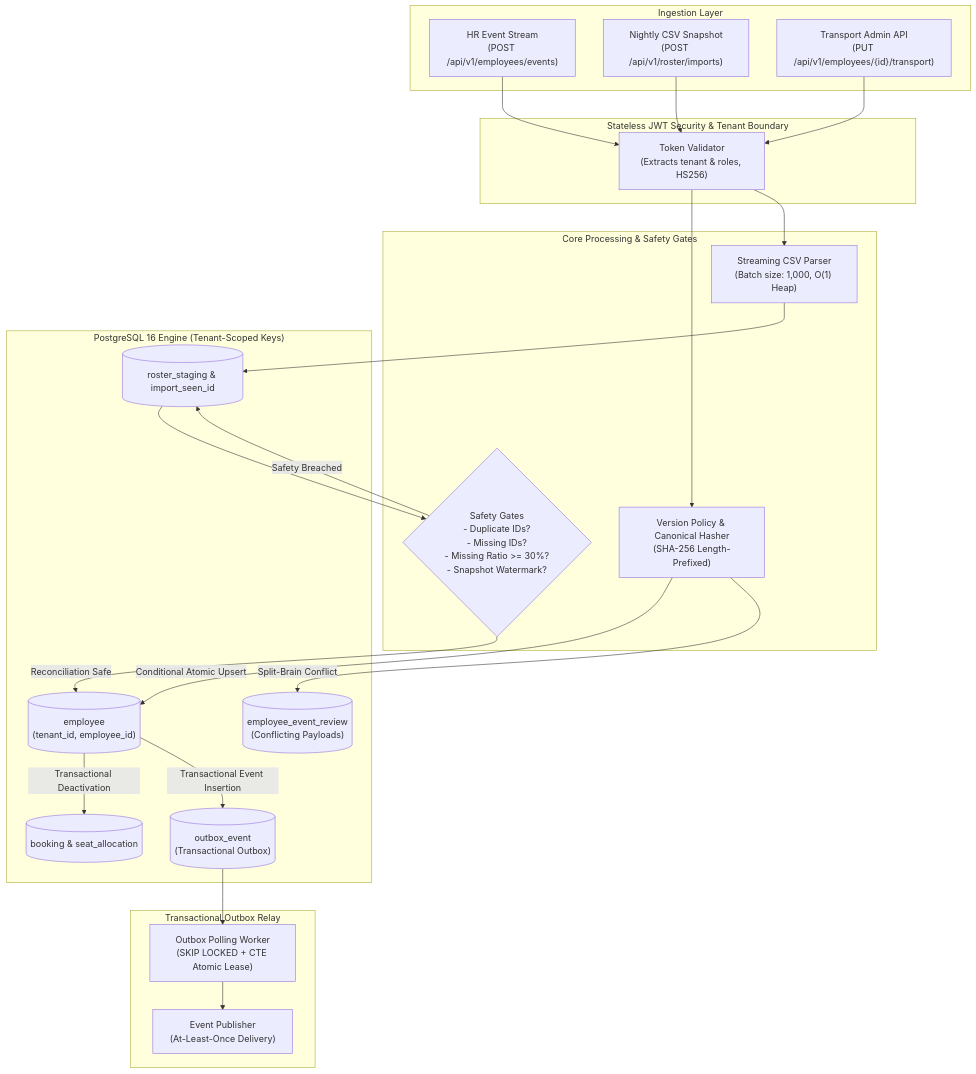
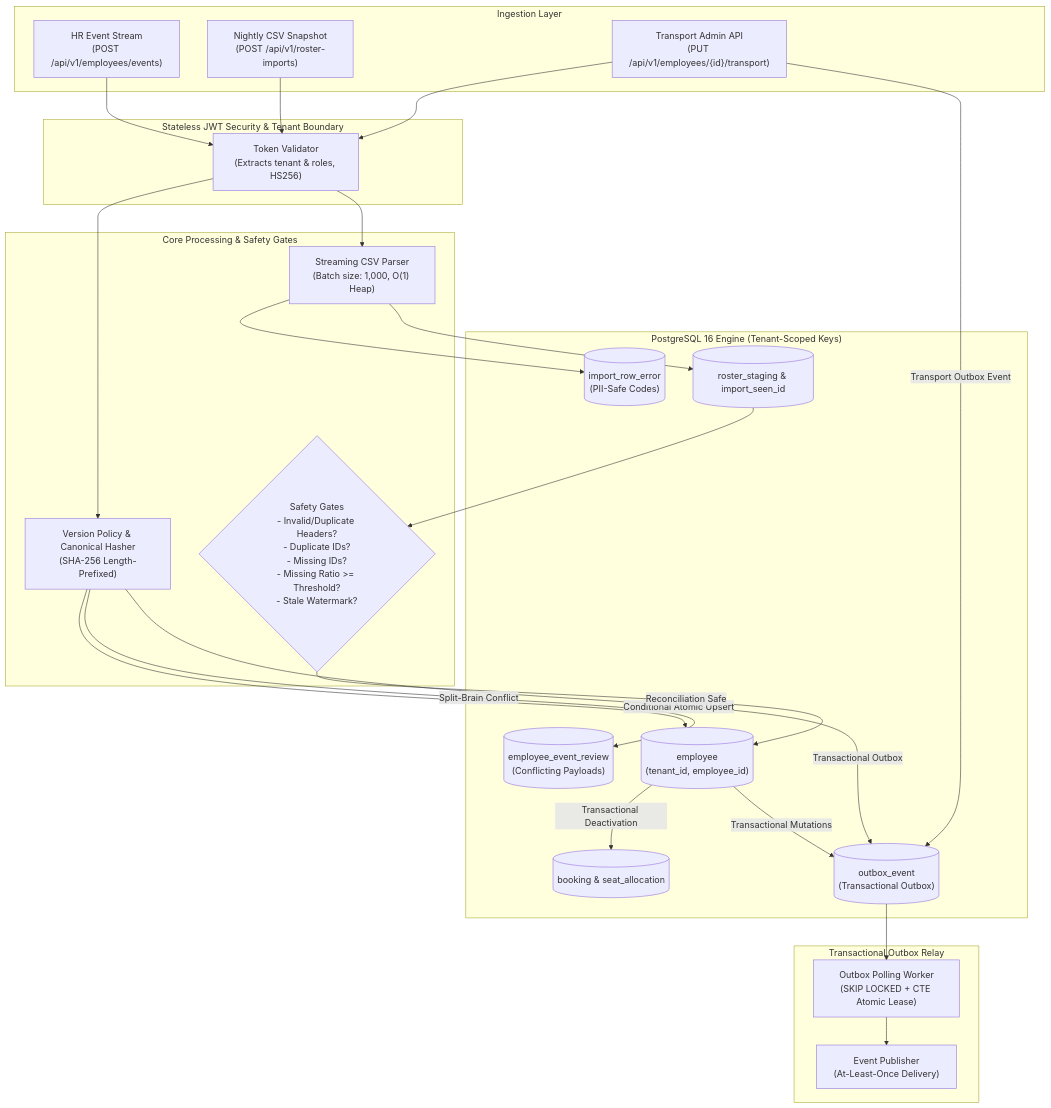
Before and after one commit to parth-1372/RosterGuard: the diagram in README.md, drawn with Mermaid. The commit also changed other lines of this file and 23 other files, not shown here.

Commit message:
fixedd: outbox events for all mutaions, safty gates and error api (189 pass)

````diff
--- a/README.md
+++ b/README.md
@@ -11,52 +11,55 @@
 ```mermaid
 flowchart TD
     subgraph Ingestion["Ingestion Layer"]
         HR_API["HR Event Stream<br/>(POST /api/v1/employees/events)"]
-        CSV_IN["Nightly CSV Snapshot<br/>(POST /api/v1/roster/imports)"]
+        CSV_IN["Nightly CSV Snapshot<br/>(POST /api/v1/roster-imports)"]
         TA_API["Transport Admin API<br/>(PUT /api/v1/employees/{id}/transport)"]
     end
 
     subgraph Security["Stateless JWT Security & Tenant Boundary"]
         JWT_AUTH["Token Validator<br/>(Extracts tenant & roles, HS256)"]
     end
 
     subgraph Core["Core Processing & Safety Gates"]
         VP["Version Policy & Canonical Hasher<br/>(SHA-256 Length-Prefixed)"]
         STREAM["Streaming CSV Parser<br/>(Batch size: 1,000, O(1) Heap)"]
-        GATES{"Safety Gates<br/>- Duplicate IDs?<br/>- Missing IDs?<br/>- Missing Ratio >= 30%?<br/>- Snapshot Watermark?"}
+        GATES{"Safety Gates<br/>- Invalid/Duplicate Headers?<br/>- Duplicate IDs?<br/>- Missing IDs?<br/>- Missing Ratio >= Threshold?<br/>- Stale Watermark?"}
     end
 
     subgraph DB["PostgreSQL 16 Engine (Tenant-Scoped Keys)"]
         EMP[("employee<br/>(tenant_id, employee_id)")]
         REV[("employee_event_review<br/>(Conflicting Payloads)")]
         STG[("roster_staging & import_seen_id")]
+        ERR[("import_row_error<br/>(PII-Safe Codes)")]
         BOOK[("booking & seat_allocation")]
         OUTBOX[("outbox_event<br/>(Transactional Outbox)")]
     end
 
     subgraph Relay["Transactional Outbox Relay"]
         WORKER["Outbox Polling Worker<br/>(SKIP LOCKED + CTE Atomic Lease)"]
         PUBLISHER["Event Publisher<br/>(At-Least-Once Delivery)"]
     end
 
     HR_API --> JWT_AUTH
     CSV_IN --> JWT_AUTH
     TA_API --> JWT_AUTH
 
     JWT_AUTH --> VP
     JWT_AUTH --> STREAM
 
     VP -->|Conditional Atomic Upsert| EMP
     VP -->|Split-Brain Conflict| REV
+    VP -->|Transactional Outbox| OUTBOX
 
+    STREAM --> ERR
     STREAM --> STG
     STG --> GATES
-    GATES -->|Safety Breached| STG
     GATES -->|Reconciliation Safe| EMP
 
     EMP -->|Transactional Deactivation| BOOK
-    EMP -->|Transactional Event Insertion| OUTBOX
+    EMP -->|Transactional Mutations| OUTBOX
+    TA_API -->|Transport Outbox Event| OUTBOX
 
     OUTBOX --> WORKER
     WORKER --> PUBLISHER
 ```
````
